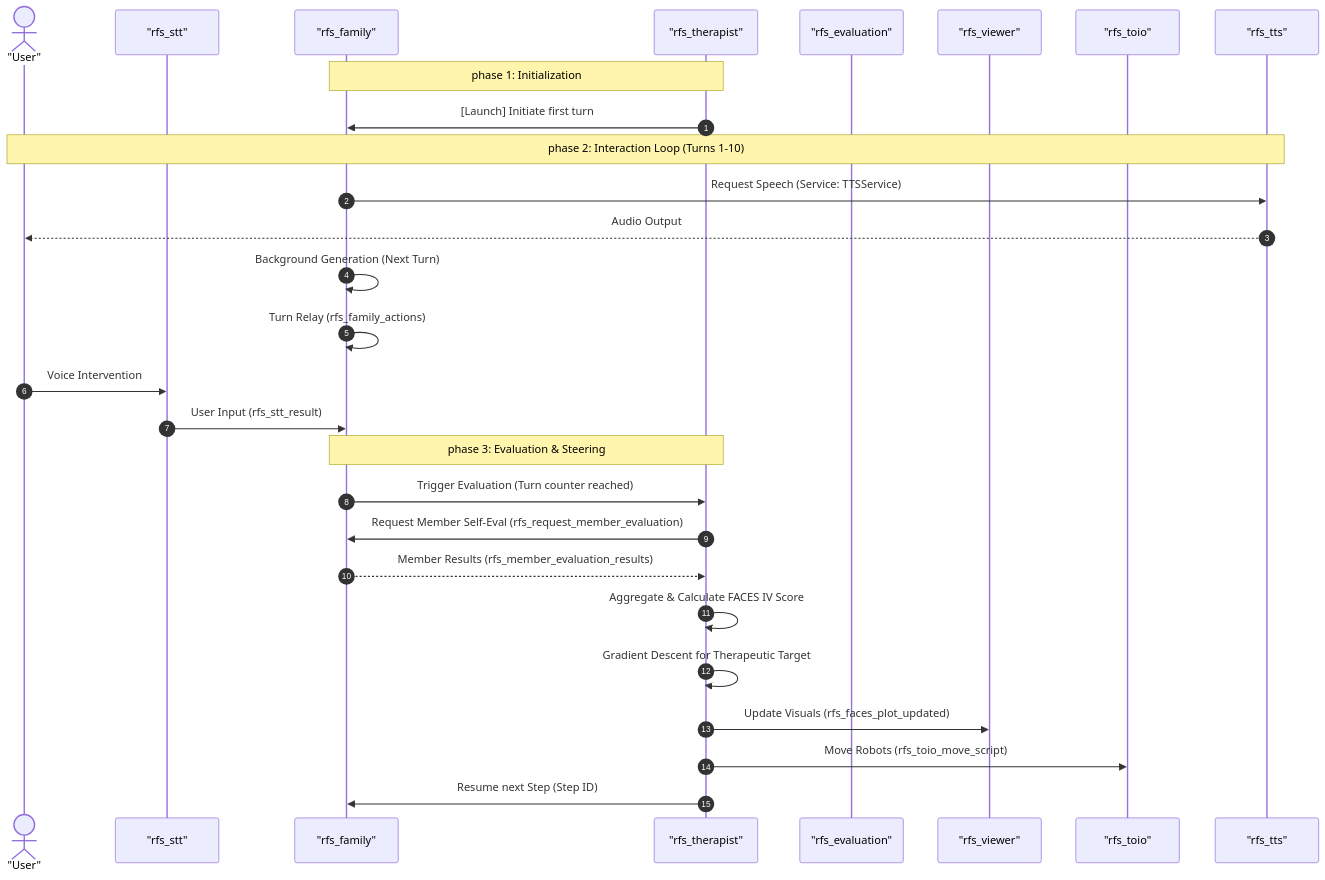
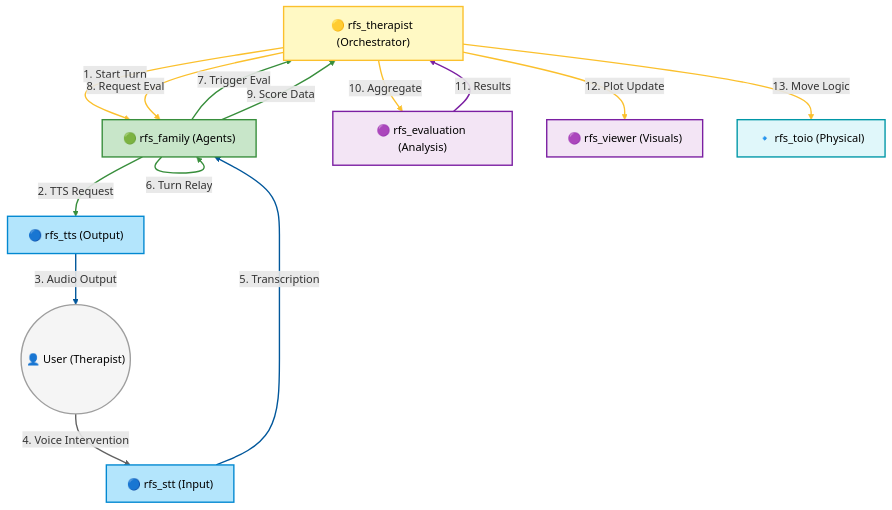
The diagram in README.md (robotaichi/rfs), drawn with Mermaid before and after one commit.

Commit message:
Completely redesigned architecture diagram with full color-coding for nodes and lines

````diff
--- a/README.md
+++ b/README.md
@@ -18,35 +18,52 @@
 ```mermaid
-sequenceDiagram
-    autonumber
-    
-    %% Participant Definitions with Primary, High-Contrast Colors
-    actor User as "User" #white
-    participant STT as "rfs_stt" #skyblue
-    participant Fam as "rfs_family" #lightgreen
-    participant Ther as "rfs_therapist" #yellow
-    participant Eval as "rfs_evaluation" #plum
-    participant Plot as "rfs_viewer" #plum
-    participant Toio as "rfs_toio" #cyan
-    participant TTS as "rfs_tts" #skyblue
+graph TD
+    %% Define Nodes
+    Ther["🟡 rfs_therapist (Orchestrator)"]
+    Fam["🟢 rfs_family (Agents)"]
+    User(("👤 User (Therapist)"))
+    STT["🔵 rfs_stt (Input)"]
+    TTS["🔵 rfs_tts (Output)"]
+    Eval["🟣 rfs_evaluation (Analysis)"]
+    Plot["🟣 rfs_viewer (Visuals)"]
+    Toio["🔹 rfs_toio (Physical)"]
 
-    Note over Ther, Fam: phase 1: Initialization
-    Ther->>Fam: [Launch] Initiate first turn
-    
-    Note over User, TTS: phase 2: Interaction Loop (Turns 1-10)
-    Fam->>TTS: Request Speech (Service: TTSService)
-    TTS-->>User: Audio Output
-    Fam->>Fam: Background Generation (Next Turn)
-    Fam->>Fam: Turn Relay (rfs_family_actions)
-    User->>STT: Voice Intervention
-    STT->>Fam: User Input (rfs_stt_result)
-    
-    Note over Fam, Ther: phase 3: Evaluation & Steering
-    Fam->>Ther: Trigger Evaluation (Turn counter reached)
-    Ther->>Fam: Request Member Self-Eval (rfs_request_member_evaluation)
-    Fam-->>Ther: Member Results (rfs_member_evaluation_results)
-    Ther->>Ther: Aggregate & Calculate FACES IV Score
-    Ther->>Ther: Gradient Descent for Therapeutic Target
-    Ther->>Plot: Update Visuals (rfs_faces_plot_updated)
-    Ther->>Toio: Move Robots (rfs_toio_move_script)
-    Ther->>Fam: Resume next Step (Step ID)
+    %% Flow with Numbered Steps
+    Ther -- "1. Start Turn" --> Fam
+    Fam -- "2. TTS Request" --> TTS
+    TTS -- "3. Audio Output" --> User
+    User -- "4. Voice Intervention" --> STT
+    STT -- "5. Transcription" --> Fam
+    Fam -- "6. Turn Relay" --> Fam
+    Fam -- "7. Trigger Eval" --> Ther
+    Ther -- "8. Request Eval" --> Fam
+    Fam -- "9. Score Data" --> Ther
+    Ther -- "10. Aggregate" --> Eval
+    Eval -- "11. Results" --> Ther
+    Ther -- "12. Plot Update" --> Plot
+    Ther -- "13. Move Logic" --> Toio
+
+    %% Node Styling (Light background, bold border, black text)
+    style Ther fill:#FFF9C4,stroke:#FBC02D,stroke-width:2px,color:#000
+    style Fam fill:#C8E6C9,stroke:#388E3C,stroke-width:2px,color:#000
+    style User fill:#F5F5F5,stroke:#9E9E9E,stroke-width:2px,color:#000
+    style STT fill:#B3E5FC,stroke:#0288D1,stroke-width:2px,color:#000
+    style TTS fill:#B3E5FC,stroke:#0288D1,stroke-width:2px,color:#000
+    style Eval fill:#F3E5F5,stroke:#7B1FA2,stroke-width:2px,color:#000
+    style Plot fill:#F3E5F5,stroke:#7B1FA2,stroke-width:2px,color:#000
+    style Toio fill:#E0F7FA,stroke:#0097A7,stroke-width:2px,color:#000
+
+    %% Link Styling (Colors matching the source nodes)
+    linkStyle 0 stroke:#FBC02D,stroke-width:2px
+    linkStyle 1 stroke:#388E3C,stroke-width:2px
+    linkStyle 2 stroke:#01579B,stroke-width:2px
+    linkStyle 3 stroke:#616161,stroke-width:2px
+    linkStyle 4 stroke:#01579B,stroke-width:2px
+    linkStyle 5 stroke:#388E3C,stroke-width:2px
+    linkStyle 6 stroke:#388E3C,stroke-width:2px
+    linkStyle 7 stroke:#FBC02D,stroke-width:2px
+    linkStyle 8 stroke:#388E3C,stroke-width:2px
+    linkStyle 9 stroke:#FBC02D,stroke-width:2px
+    linkStyle 10 stroke:#7B1FA2,stroke-width:2px
+    linkStyle 11 stroke:#FBC02D,stroke-width:2px
+    linkStyle 12 stroke:#FBC02D,stroke-width:2px
 ```
````
